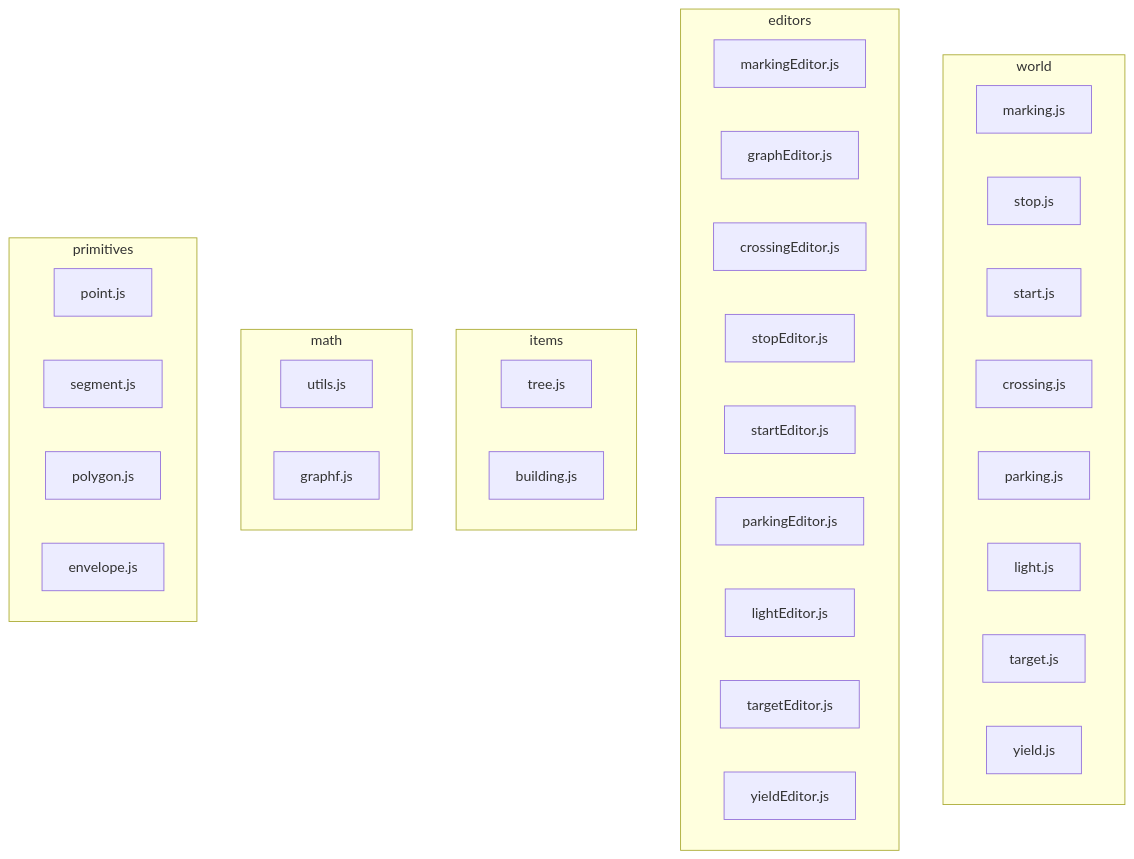
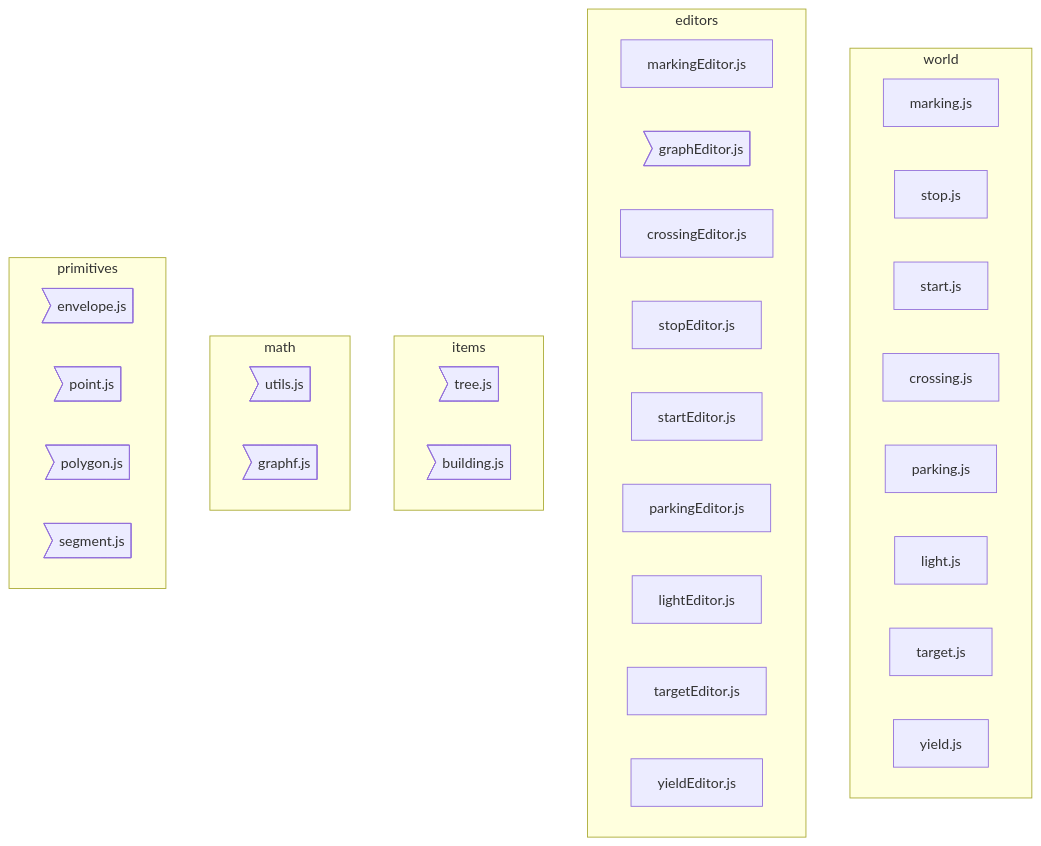
One commit to GaryB432/artboard changed the diagram in radu/README.md. Above: the diagram before and after it, drawn with Mermaid. The commit also changed other lines of this file and 2 other files, not shown here.

````diff
--- a/radu/README.md
+++ b/radu/README.md
@@ -69,39 +69,39 @@
 ```mermaid
 flowchart TB
     subgraph world
       marking.js
       stop.js
       start.js
       crossing.js
       parking.js
       light.js
       target.js
       yield.js
     end
     subgraph editors
       markingEditor.js
-      graphEditor.js
+      GE>graphEditor.js]
       crossingEditor.js
       stopEditor.js
       startEditor.js
       parkingEditor.js
       lightEditor.js
       targetEditor.js
       yieldEditor.js
     end
 	  subgraph items
-      tree.js
-      building.js
+      TREE>tree.js]
+      BUILDING>building.js]
     end
     subgraph math
-      utils.js
-      graphf.js
+      UTILS>utils.js]
+      GRAPHF>graphf.js]
     end
     subgraph primitives
-      point.js
-      segment.js
-      polygon.js
-      envelope.js
+      ENVELOPE>envelope.js]
+      POINT>point.js]
+      POLYGON>polygon.js]
+      SEGMENT>segment.js]
     end
 
 ```
````
